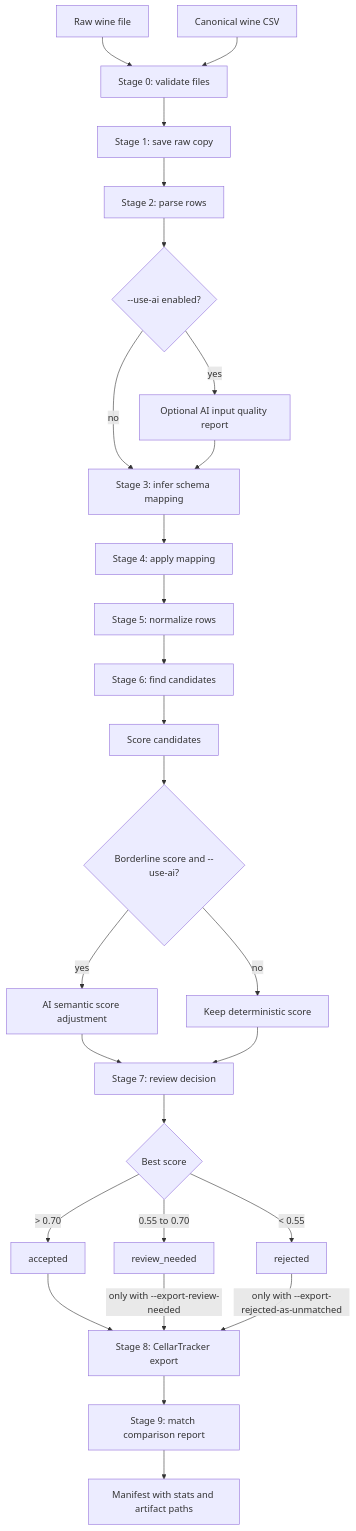
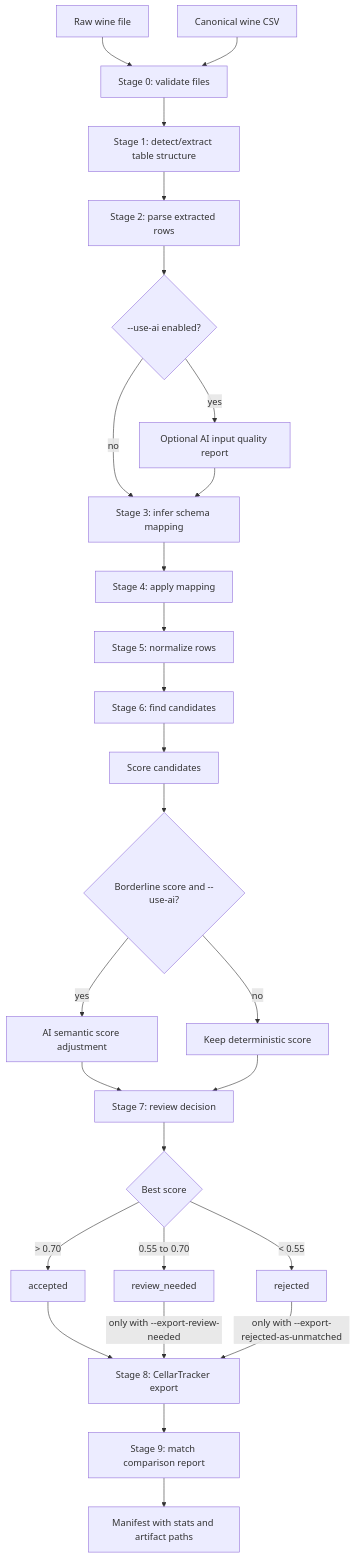
One commit to lindhs/wine-importer changed the diagram in WORKFLOW.md. Above: the diagram before and after it, drawn with Mermaid. The commit also changed other lines of this file and 32 other files, not shown here.

````diff
--- a/WORKFLOW.md
+++ b/WORKFLOW.md
@@ -42,36 +50,36 @@
 ```mermaid
 flowchart TD
     A[Raw wine file] --> B[Stage 0: validate files]
     C[Canonical wine CSV] --> B
 
-    B --> D[Stage 1: save raw copy]
-    D --> E[Stage 2: parse rows]
+    B --> D[Stage 1: detect/extract table structure]
+    D --> E[Stage 2: parse extracted rows]
 
     E --> F{--use-ai enabled?}
     F -->|yes| G[Optional AI input quality report]
     F -->|no| H[Stage 3: infer schema mapping]
     G --> H
 
     H --> I[Stage 4: apply mapping]
     I --> J[Stage 5: normalize rows]
     J --> K[Stage 6: find candidates]
     K --> L[Score candidates]
 
     L --> M{Borderline score and --use-ai?}
     M -->|yes| N[AI semantic score adjustment]
     M -->|no| O[Keep deterministic score]
     N --> P[Stage 7: review decision]
     O --> P
 
     P --> Q{Best score}
     Q -->|> 0.70| R[accepted]
     Q -->|0.55 to 0.70| S[review_needed]
     Q -->|< 0.55| T[rejected]
 
     R --> U[Stage 8: CellarTracker export]
     S -->|only with --export-review-needed| U
     T -->|only with --export-rejected-as-unmatched| U
 
     U --> V[Stage 9: match comparison report]
     V --> W[Manifest with stats and artifact paths]
 ```
````
